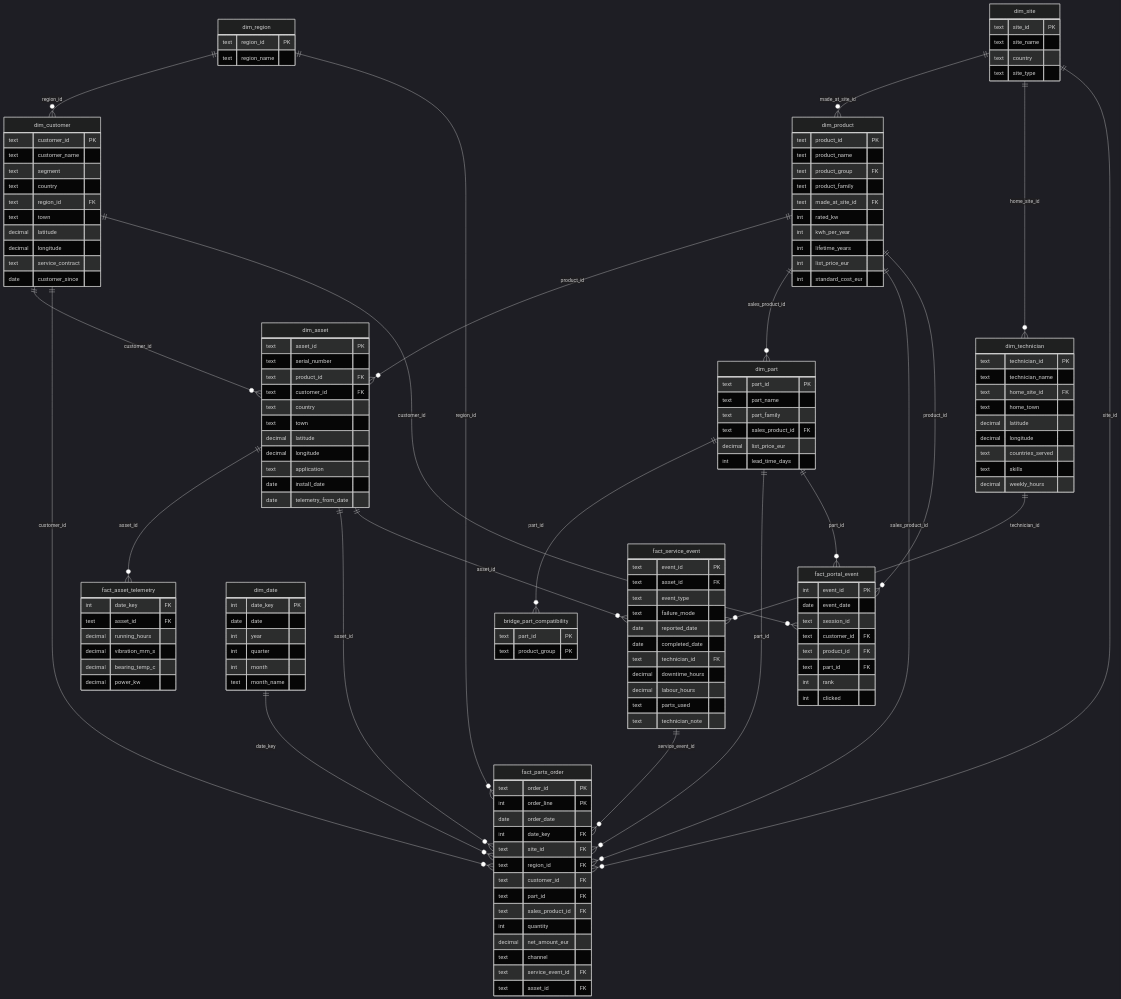
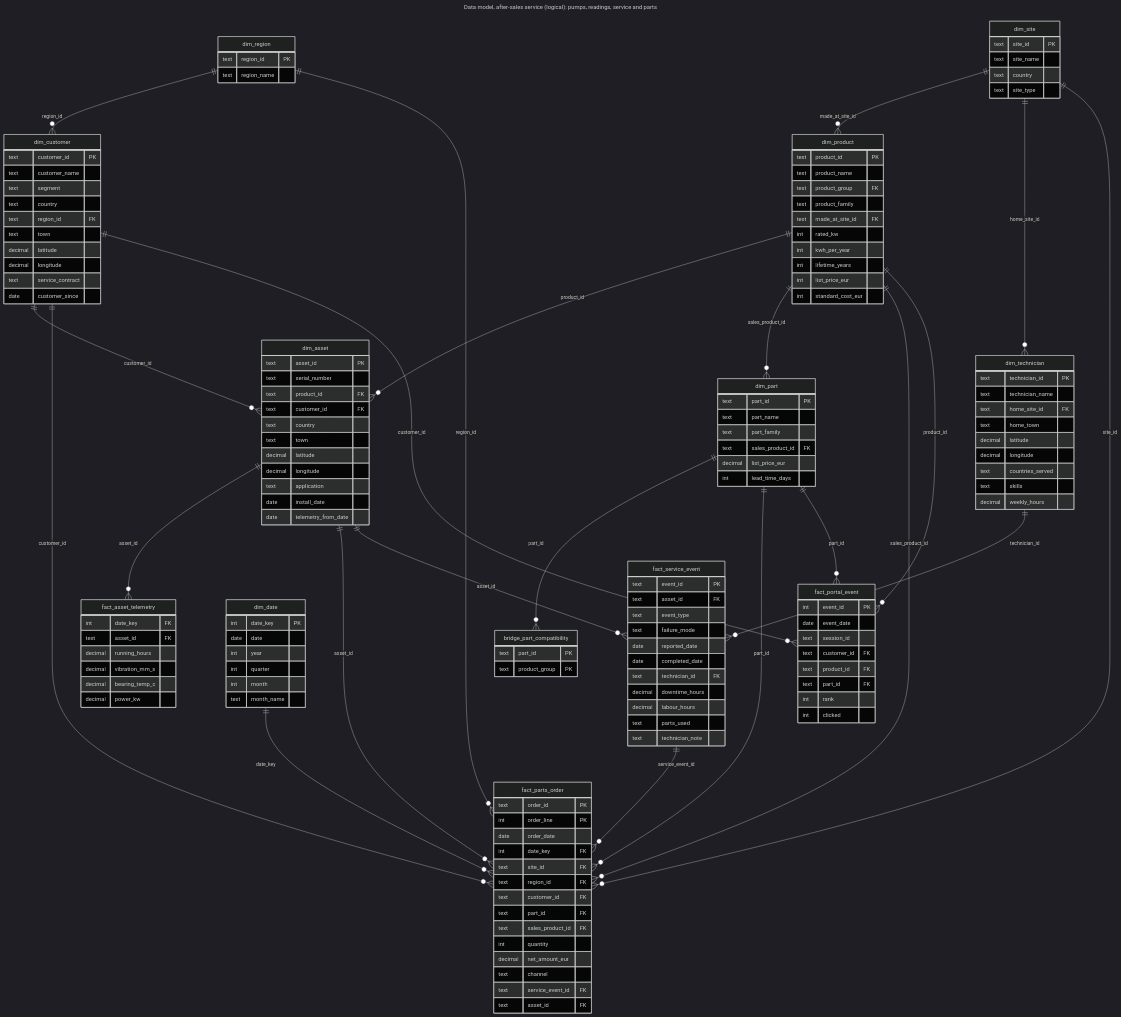
One commit to voneeci/fjordvik changed the fourth of 4 diagrams in docs/data-model.md. Above: the diagram before and after it, drawn with Mermaid (dark theme). The commit also changed other lines of this file and 5 other files, not shown here.

First line of the commit message:
docs: diagrams to the C4 checklist, metric catalogue, folder proposal

````diff
--- a/docs/data-model.md
+++ b/docs/data-model.md
@@ -329,4 +347,7 @@
 ```mermaid
+---
+title: "Data model, after-sales service (logical): pumps, readings, service and parts"
+---
 erDiagram
     dim_part ||--o{ bridge_part_compatibility : "part_id"
     dim_customer ||--o{ dim_asset : "customer_id"
````
